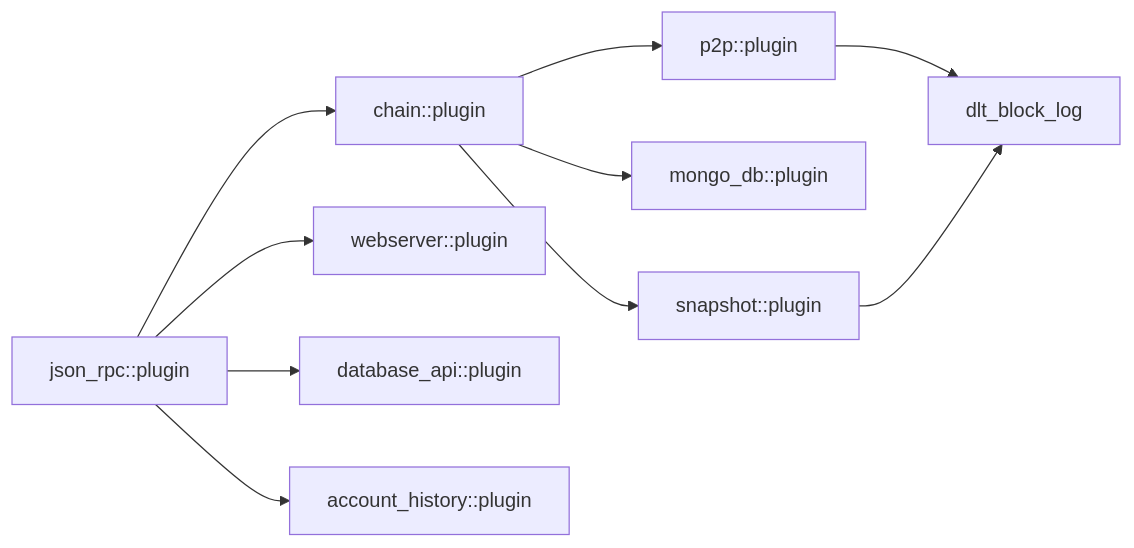
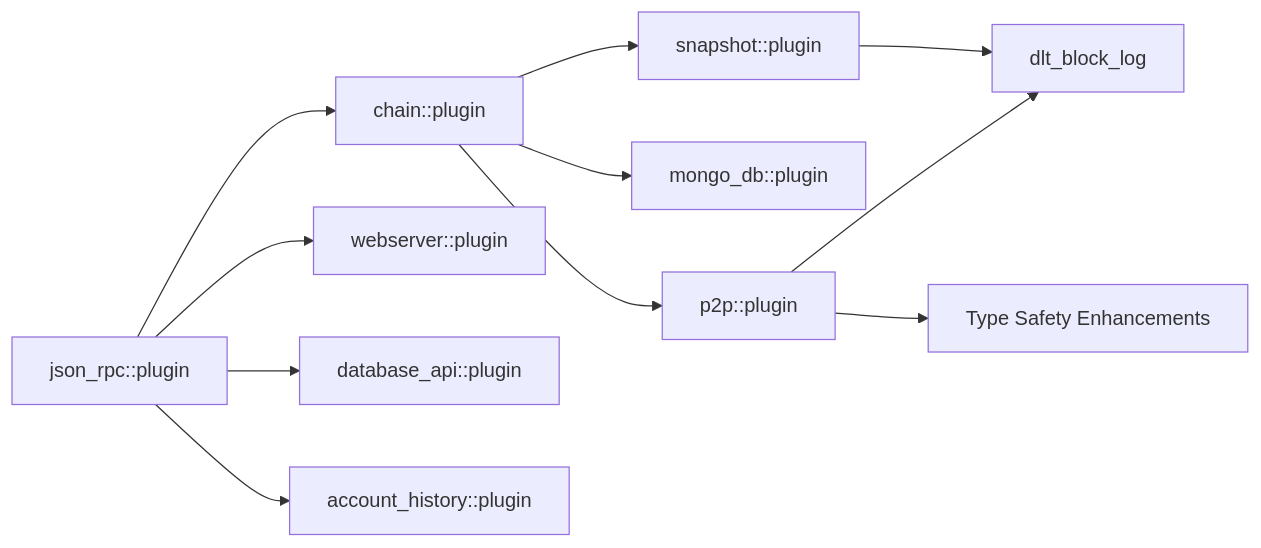
Diagram 19 of 19 in .qoder/repowiki/en/content/Plugin System/Plugin System.md (VIZ-Blockchain/viz-cpp-node), drawn with Mermaid before and after one commit. The commit also changed other lines of this file and 6 other files, not shown here.

````diff
--- a/.qoder/repowiki/en/content/Plugin System/Plugin System.md
+++ b/.qoder/repowiki/en/content/Plugin System/Plugin System.md
@@ -677,12 +769,13 @@
 ```mermaid
 graph LR
 JSON["json_rpc::plugin"] --> CHAIN["chain::plugin"]
 JSON --> WEB["webserver::plugin"]
 JSON --> DBAPI["database_api::plugin"]
 JSON --> AHIST["account_history::plugin"]
 CHAIN --> P2P["p2p::plugin"]
 CHAIN --> MONGO["mongo_db::plugin"]
 CHAIN --> SNAP["snapshot::plugin"]
 P2P --> DLT["dlt_block_log"]
 SNAP --> DLT
+P2P --> TYPESAFE["Type Safety Enhancements"]
 ```
````
